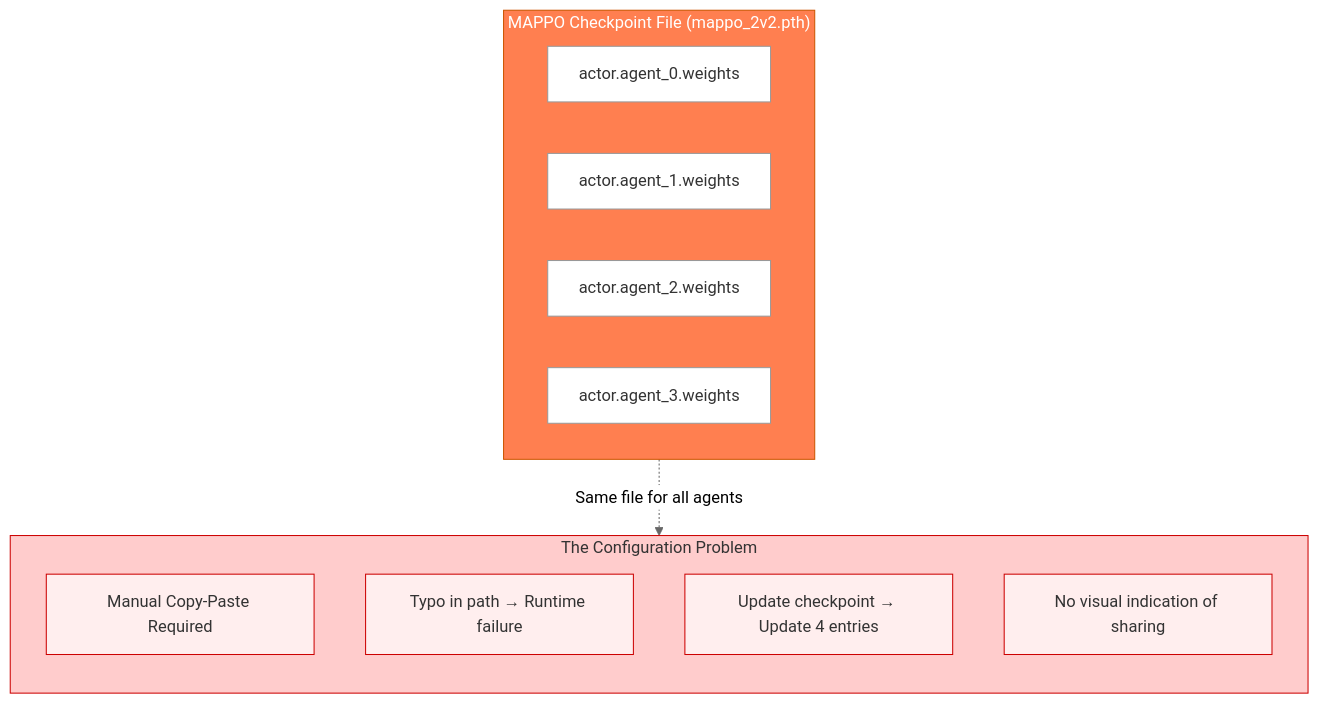
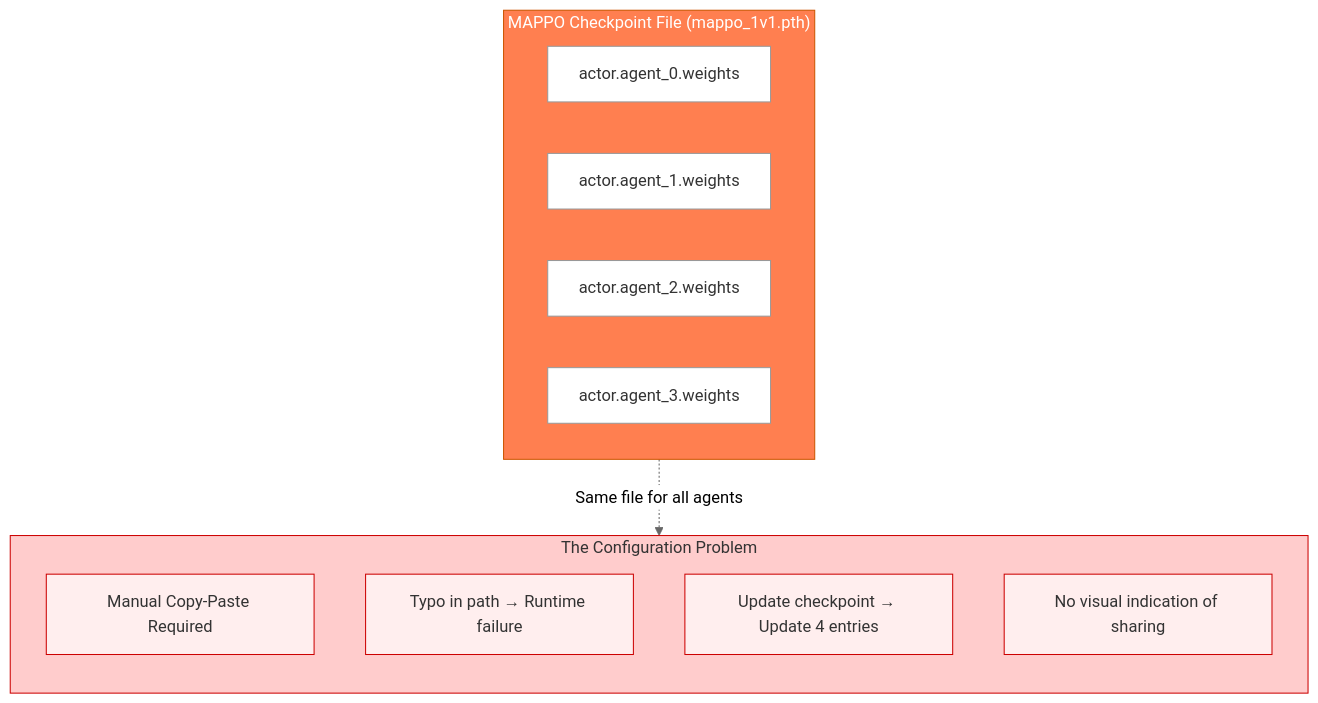
One commit to Abdulhamid97Mousa/mosaic changed the first of 5 diagrams in docs/source/documents/architecture/operators/policy_mappings.rst. Above: the diagram before and after it, drawn with Mermaid (neutral theme). The commit also changed other lines of this file and 83 other files, not shown here.

```diff
--- a/docs/source/documents/architecture/operators/policy_mappings.rst
+++ b/docs/source/documents/architecture/operators/policy_mappings.rst
@@ -29,31 +29,31 @@
 .. mermaid::
 
    %%{init: {"flowchart": {"curve": "linear"}} }%%
    graph TB
-       subgraph CHECKPOINT["MAPPO Checkpoint File (mappo_2v2.pth)"]
+       subgraph CHECKPOINT["MAPPO Checkpoint File (mappo_1v1.pth)"]
            A0_W["actor.agent_0.weights"]
            A1_W["actor.agent_1.weights"]
            A2_W["actor.agent_2.weights"]
            A3_W["actor.agent_3.weights"]
        end
 
        subgraph PROBLEM["The Configuration Problem"]
            direction TB
            MANUAL["Manual Copy-Paste Required"]
            ERROR["Typo in path → Runtime failure"]
            UPDATE["Update checkpoint → Update 4 entries"]
            NOVIS["No visual indication of sharing"]
        end
 
        CHECKPOINT -.->|"Same file for all agents"| PROBLEM
 
        style CHECKPOINT fill:#ff7f50,stroke:#cc5500,color:#fff
        style PROBLEM fill:#ffcccc,stroke:#cc0000,color:#333
        style A0_W fill:#fff,stroke:#999,color:#333
        style A1_W fill:#fff,stroke:#999,color:#333
        style A2_W fill:#fff,stroke:#999,color:#333
        style A3_W fill:#fff,stroke:#999,color:#333
        style MANUAL fill:#ffeeee,stroke:#cc0000,color:#333
        style ERROR fill:#ffeeee,stroke:#cc0000,color:#333
        style UPDATE fill:#ffeeee,stroke:#cc0000,color:#333
        style NOVIS fill:#ffeeee,stroke:#cc0000,color:#333
```
